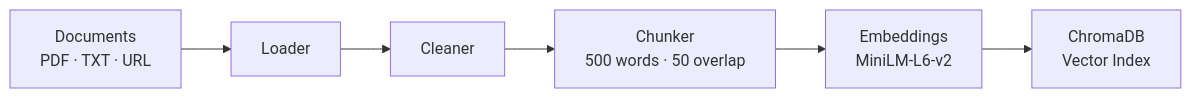
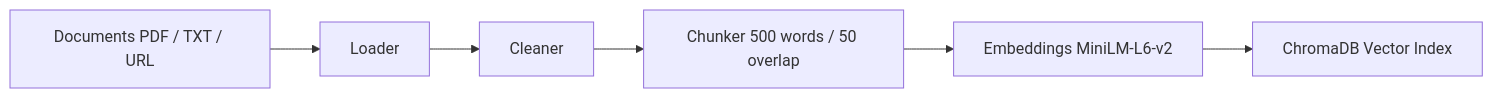
One commit to alexv6v6/ai-knowledge-hub changed the second of 2 diagrams in README.md. Above: the diagram before and after it, drawn with Mermaid. The commit also changed other lines of this file, not shown here.

Commit message:
docs: reorganize README — clean structure, mermaid diagrams, 3 screenshots

````diff
--- a/README.md
+++ b/README.md
@@ -49,8 +79,8 @@
 ```mermaid
 flowchart LR
-    A[Documents\nPDF · TXT · URL] --> B[Loader]
+    A[Documents PDF / TXT / URL] --> B[Loader]
     B --> C[Cleaner]
-    C --> D[Chunker\n500 words · 50 overlap]
-    D --> E[Embeddings\nMiniLM-L6-v2]
-    E --> F[ChromaDB\nVector Index]
+    C --> D[Chunker 500 words / 50 overlap]
+    D --> E[Embeddings MiniLM-L6-v2]
+    E --> F[ChromaDB Vector Index]
 ```
````
